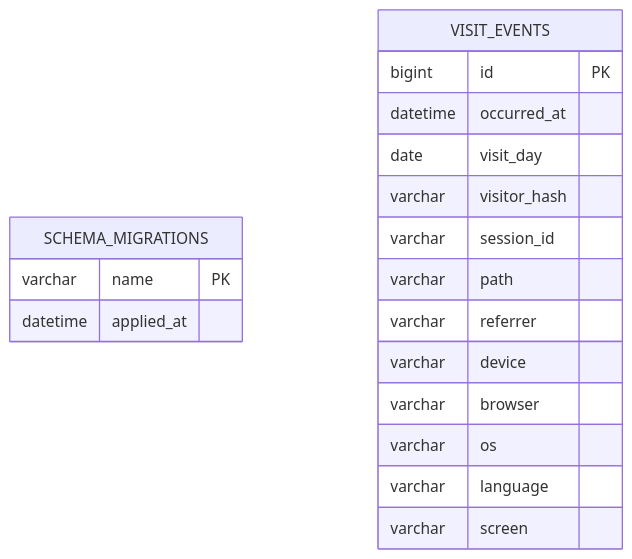
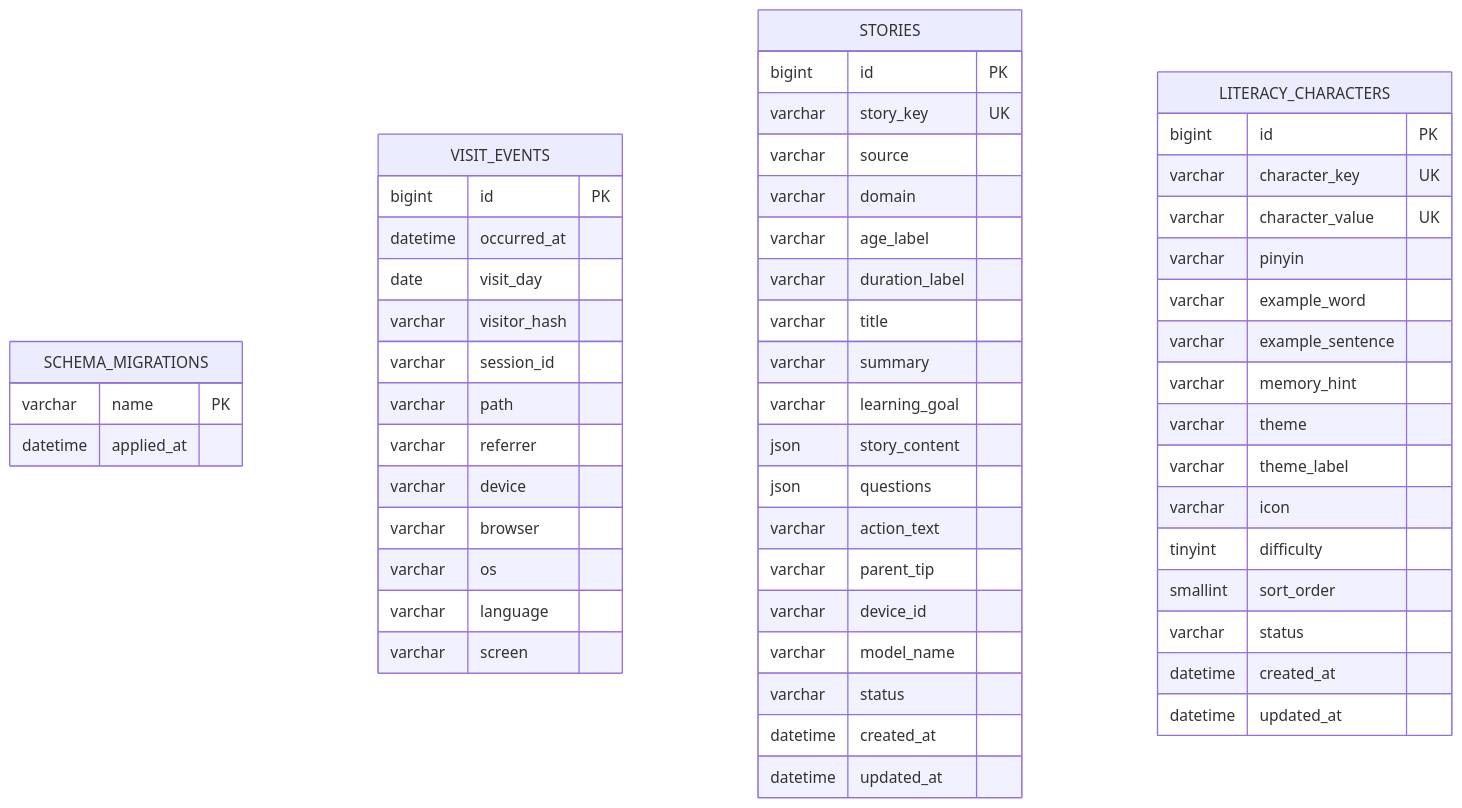
One commit to xusc0727/kids-learning-games changed the diagram in docs/数据库表结构.md. Above: the diagram before and after it, drawn with Mermaid. The commit also changed other lines of this file and 30 other files, not shown here.

Commit message:
Add database-backed stories and literacy module

````diff
--- a/docs/数据库表结构.md
+++ b/docs/数据库表结构.md
@@ -26,22 +28,61 @@
 ```mermaid
 erDiagram
     SCHEMA_MIGRATIONS {
         varchar name PK
         datetime applied_at
     }
 
     VISIT_EVENTS {
         bigint id PK
         datetime occurred_at
         date visit_day
         varchar visitor_hash
         varchar session_id
         varchar path
         varchar referrer
         varchar device
         varchar browser
         varchar os
         varchar language
         varchar screen
     }
+
+    STORIES {
+        bigint id PK
+        varchar story_key UK
+        varchar source
+        varchar domain
+        varchar age_label
+        varchar duration_label
+        varchar title
+        varchar summary
+        varchar learning_goal
+        json story_content
+        json questions
+        varchar action_text
+        varchar parent_tip
+        varchar device_id
+        varchar model_name
+        varchar status
+        datetime created_at
+        datetime updated_at
+    }
+
+    LITERACY_CHARACTERS {
+        bigint id PK
+        varchar character_key UK
+        varchar character_value UK
+        varchar pinyin
+        varchar example_word
+        varchar example_sentence
+        varchar memory_hint
+        varchar theme
+        varchar theme_label
+        varchar icon
+        tinyint difficulty
+        smallint sort_order
+        varchar status
+        datetime created_at
+        datetime updated_at
+    }
 ```
````
